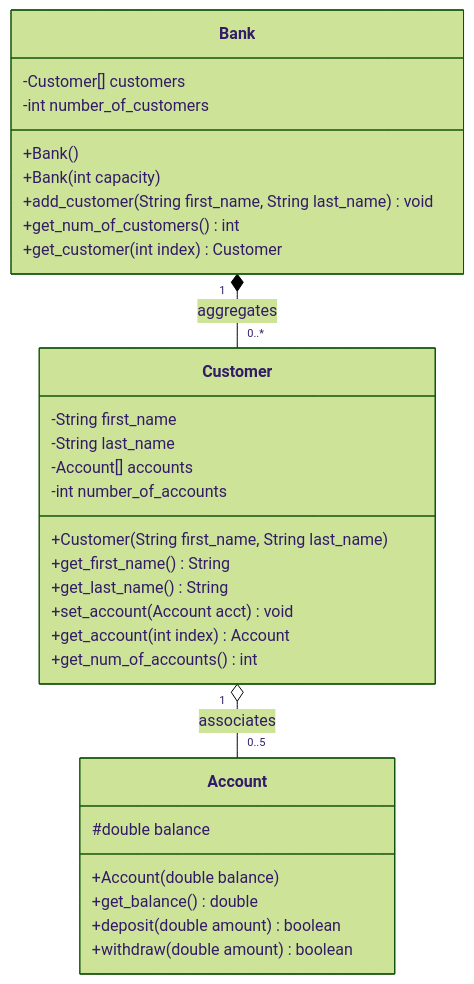
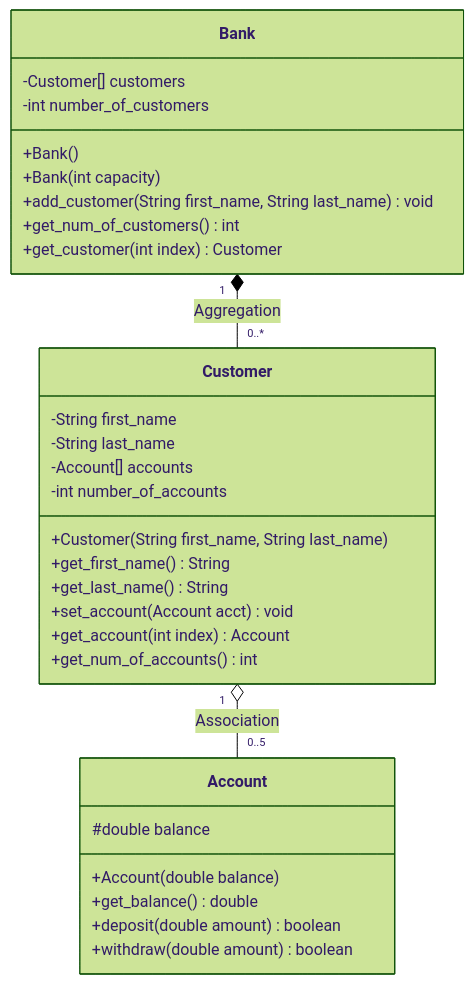
The diagram in 04/README.md (Schryzon/OOP-Assignments), drawn with Mermaid (forest theme) before and after one commit. The commit also changed other lines of this file and 3 other files, not shown here.

````diff
--- a/04/README.md
+++ b/04/README.md
@@ -25,36 +25,36 @@
 ```mermaid
 classDiagram
     class Bank {
         -Customer[] customers
         -int number_of_customers
         +Bank()
         +Bank(int capacity)
         +add_customer(String first_name, String last_name) void
         +get_num_of_customers() int
         +get_customer(int index) Customer
     }
 
     class Customer {
         -String first_name
         -String last_name
         -Account[] accounts
         -int number_of_accounts
         +Customer(String first_name, String last_name)
         +get_first_name() String
         +get_last_name() String
         +set_account(Account acct) void
         +get_account(int index) Account
         +get_num_of_accounts() int
     }
 
     class Account {
         #double balance
         +Account(double balance)
         +get_balance() double
         +deposit(double amount) boolean
         +withdraw(double amount) boolean
     }
 
-    Bank "1" *-- "0..*" Customer : aggregates
-    Customer "1" o-- "0..5" Account : associates
+    Bank "1" *-- "0..*" Customer : Aggregation
+    Customer "1" o-- "0..5" Account : Association
 ```
````
